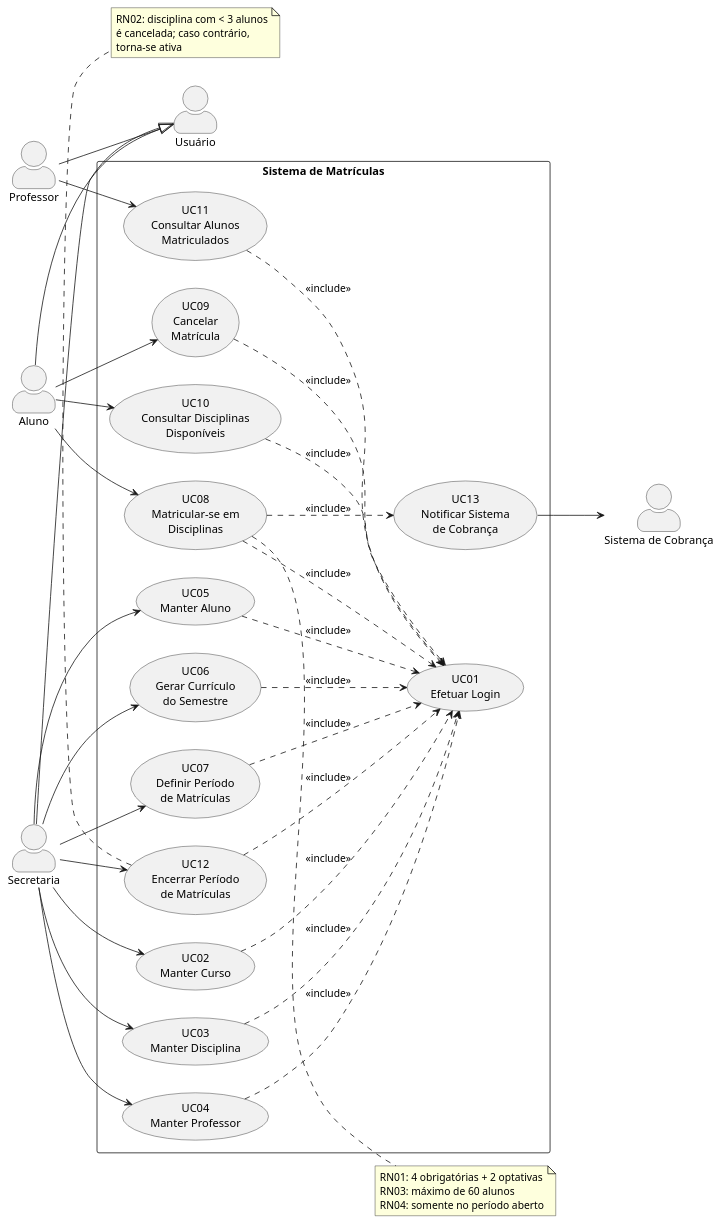
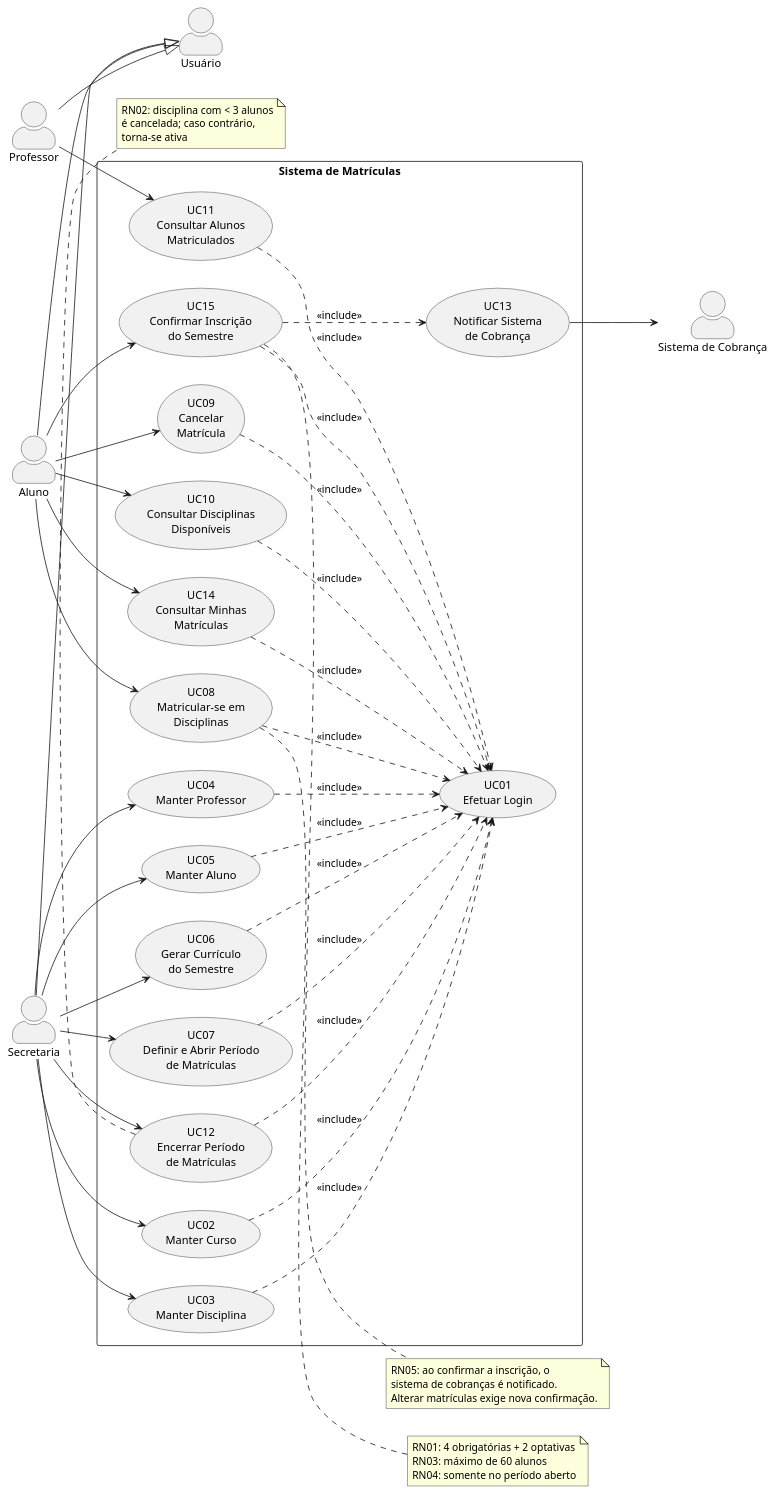
The diagram in docs/casos-de-uso.puml (JpMaciel04/LAB02_DESENVOLVIMENTO_DE_SOFTWARE), drawn with PlantUML before and after one commit. The commit also changed 46 other files, not shown here.

```diff
--- a/docs/casos-de-uso.puml
+++ b/docs/casos-de-uso.puml
@@ -1,88 +1,102 @@
 @startuml casos-de-uso
 ' Sistema de Matriculas - PUC Minas - Projeto de Software
 ' Lab01S01 - Modelo de Analise
+' Lab01S03 - Revisao: UC07 inclui abertura do periodo; novos UC14 e UC15;
+'            a notificacao de cobranca (UC13) passa a ser incluida por UC15
 
 left to right direction
 skinparam packageStyle rectangle
 skinparam actorStyle awesome
 skinparam shadowing false
 
 actor "Usuário" as Usuario
 actor "Aluno" as Aluno
 actor "Professor" as Professor
 actor "Secretaria" as Secretaria
 actor "Sistema de Cobrança" as Cobranca
 
 Aluno --|> Usuario
 Professor --|> Usuario
 Secretaria --|> Usuario
 
 rectangle "Sistema de Matrículas" {
 
   usecase "UC01\nEfetuar Login" as UC01
 
   usecase "UC02\nManter Curso" as UC02
   usecase "UC03\nManter Disciplina" as UC03
   usecase "UC04\nManter Professor" as UC04
   usecase "UC05\nManter Aluno" as UC05
   usecase "UC06\nGerar Currículo\ndo Semestre" as UC06
-  usecase "UC07\nDefinir Período\nde Matrículas" as UC07
+  usecase "UC07\nDefinir e Abrir Período\nde Matrículas" as UC07
   usecase "UC12\nEncerrar Período\nde Matrículas" as UC12
 
   usecase "UC08\nMatricular-se em\nDisciplinas" as UC08
   usecase "UC09\nCancelar\nMatrícula" as UC09
   usecase "UC10\nConsultar Disciplinas\nDisponíveis" as UC10
+  usecase "UC14\nConsultar Minhas\nMatrículas" as UC14
+  usecase "UC15\nConfirmar Inscrição\ndo Semestre" as UC15
 
   usecase "UC11\nConsultar Alunos\nMatriculados" as UC11
 
   usecase "UC13\nNotificar Sistema\nde Cobrança" as UC13
 }
 
 ' --- Secretaria ---
 Secretaria --> UC02
 Secretaria --> UC03
 Secretaria --> UC04
 Secretaria --> UC05
 Secretaria --> UC06
 Secretaria --> UC07
 Secretaria --> UC12
 
 ' --- Aluno ---
 Aluno --> UC08
 Aluno --> UC09
 Aluno --> UC10
+Aluno --> UC14
+Aluno --> UC15
 
 ' --- Professor ---
 Professor --> UC11
 
 ' --- Ator externo ---
 UC13 --> Cobranca
 
 ' --- Relacionamentos ---
 UC02 ..> UC01 : <<include>>
 UC03 ..> UC01 : <<include>>
 UC04 ..> UC01 : <<include>>
 UC05 ..> UC01 : <<include>>
 UC06 ..> UC01 : <<include>>
 UC07 ..> UC01 : <<include>>
 UC12 ..> UC01 : <<include>>
 UC08 ..> UC01 : <<include>>
 UC09 ..> UC01 : <<include>>
 UC10 ..> UC01 : <<include>>
 UC11 ..> UC01 : <<include>>
+UC14 ..> UC01 : <<include>>
+UC15 ..> UC01 : <<include>>
 
-UC08 ..> UC13 : <<include>>
+UC15 ..> UC13 : <<include>>
+
+note right of UC15
+  RN05: ao confirmar a inscrição, o
+  sistema de cobranças é notificado.
+  Alterar matrículas exige nova confirmação.
+end note
 
 note right of UC08
   RN01: 4 obrigatórias + 2 optativas
   RN03: máximo de 60 alunos
   RN04: somente no período aberto
 end note
 
 note bottom of UC12
   RN02: disciplina com < 3 alunos
   é cancelada; caso contrário,
   torna-se ativa
 end note
 
 @enduml
```
